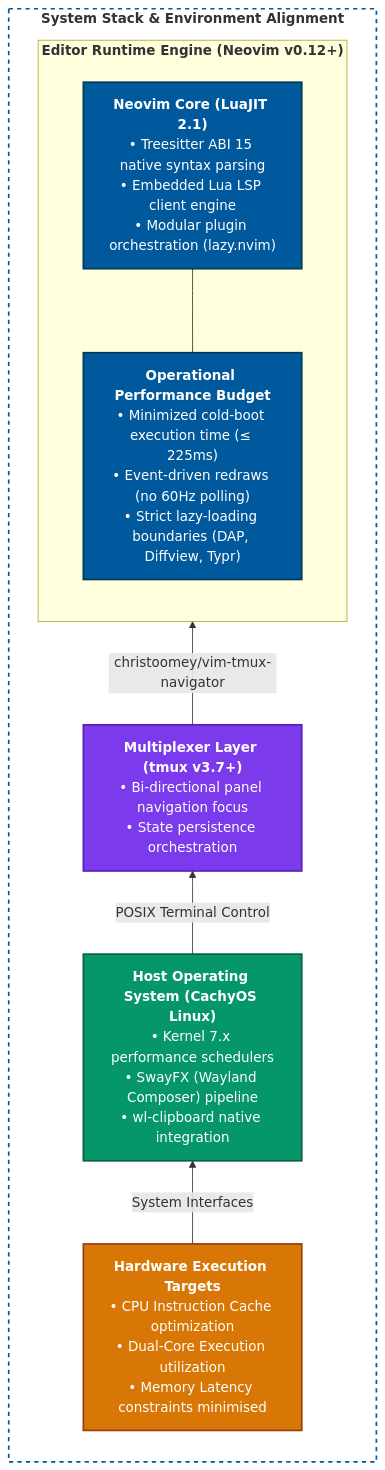
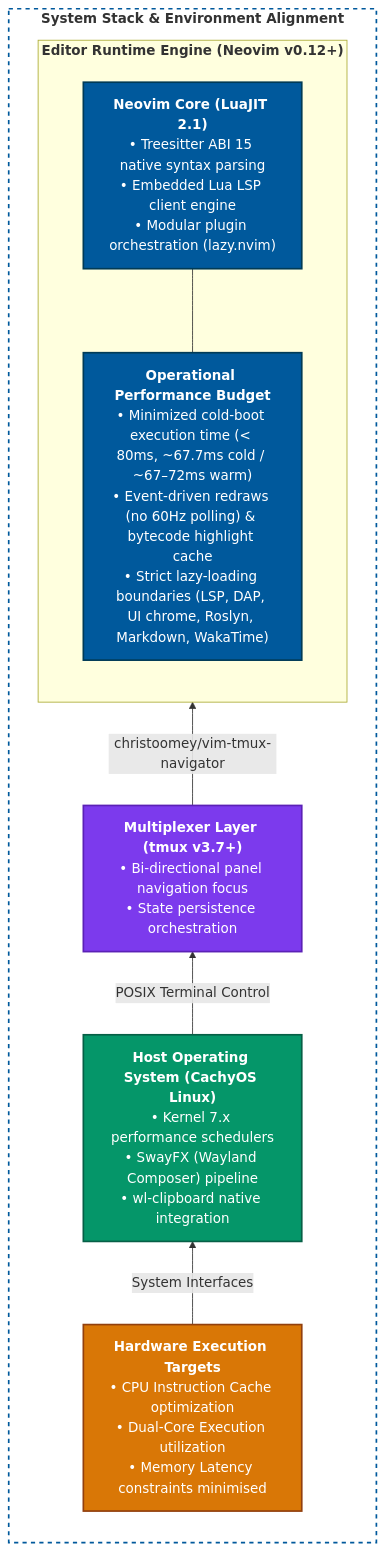
One commit to frtzhahn/nvim-setup changed the diagram in docs/README.md. Above: the diagram before and after it, drawn with Mermaid. The commit also changed other lines of this file, not shown here.

Commit message:
docs(architecture): sync startup budget, lazy triggers, and directory tree (#20)

````diff
--- a/docs/README.md
+++ b/docs/README.md
@@ -7,40 +7,40 @@
 ```mermaid
 flowchart TD
     %% Theme-Agnostic High-Contrast Node Styles (WCAG AA Compliant)
     classDef hardware fill:#D97706,stroke:#92400E,stroke-width:2px,color:#FFFFFF;
     classDef os fill:#059669,stroke:#065F46,stroke-width:2px,color:#FFFFFF;
     classDef tmux fill:#7C3AED,stroke:#5B21B6,stroke-width:2px,color:#FFFFFF;
     classDef nvim fill:#00599C,stroke:#003B57,stroke-width:2px,color:#FFFFFF;
 
     %% Stack Boundary Container
     subgraph Stack ["<b>System Stack & Environment Alignment</b>"]
         direction BT
 
         %% Layer 1: Hardware Logic
         HW["<b>Hardware Execution Targets</b><br/>• CPU Instruction Cache optimization<br/>• Dual-Core Execution utilization<br/>• Memory Latency constraints minimised"]:::hardware
 
         %% Layer 2: Operating System
         OS["<b>Host Operating System (CachyOS Linux)</b><br/>• Kernel 7.x performance schedulers<br/>• SwayFX (Wayland Composer) pipeline<br/>• wl-clipboard native integration"]:::os
 
         %% Layer 3: Terminal Multiplexer
         TMUX["<b>Multiplexer Layer (tmux v3.7+)</b><br/>• Bi-directional panel navigation focus<br/>• State persistence orchestration"]:::tmux
 
         %% Layer 4: Editor Core
         subgraph NVIM_CORE ["<b>Editor Runtime Engine (Neovim v0.12+)</b>"]
             direction TB
             CORE["<b>Neovim Core (LuaJIT 2.1)</b><br/>• Treesitter ABI 15 native syntax parsing<br/>• Embedded Lua LSP client engine<br/>• Modular plugin orchestration (lazy.nvim)"]:::nvim
 
-            BUDGET["<b>Operational Performance Budget</b><br/>• Minimized cold-boot execution time (≤ 225ms)<br/>• Event-driven redraws (no 60Hz polling)<br/>• Strict lazy-loading boundaries (DAP, Diffview, Typr)"]:::nvim
+            BUDGET["<b>Operational Performance Budget</b><br/>• Minimized cold-boot execution time (&lt; 80ms, ~67.7ms cold / ~67–72ms warm)<br/>• Event-driven redraws (no 60Hz polling) & bytecode highlight cache<br/>• Strict lazy-loading boundaries (LSP, DAP, UI chrome, Roslyn, Markdown, WakaTime)"]:::nvim
 
             CORE --- BUDGET
         end
 
         %% Structural Layering Flow
         HW -->|System Interfaces| OS
         OS -->|POSIX Terminal Control| TMUX
         TMUX -->|christoomey/vim-tmux-navigator| NVIM_CORE
     end
 
     %% Structural Group Styling
     style Stack fill:none,stroke:#00599C,stroke-width:2px,stroke-dasharray: 5 5
 ```
````
